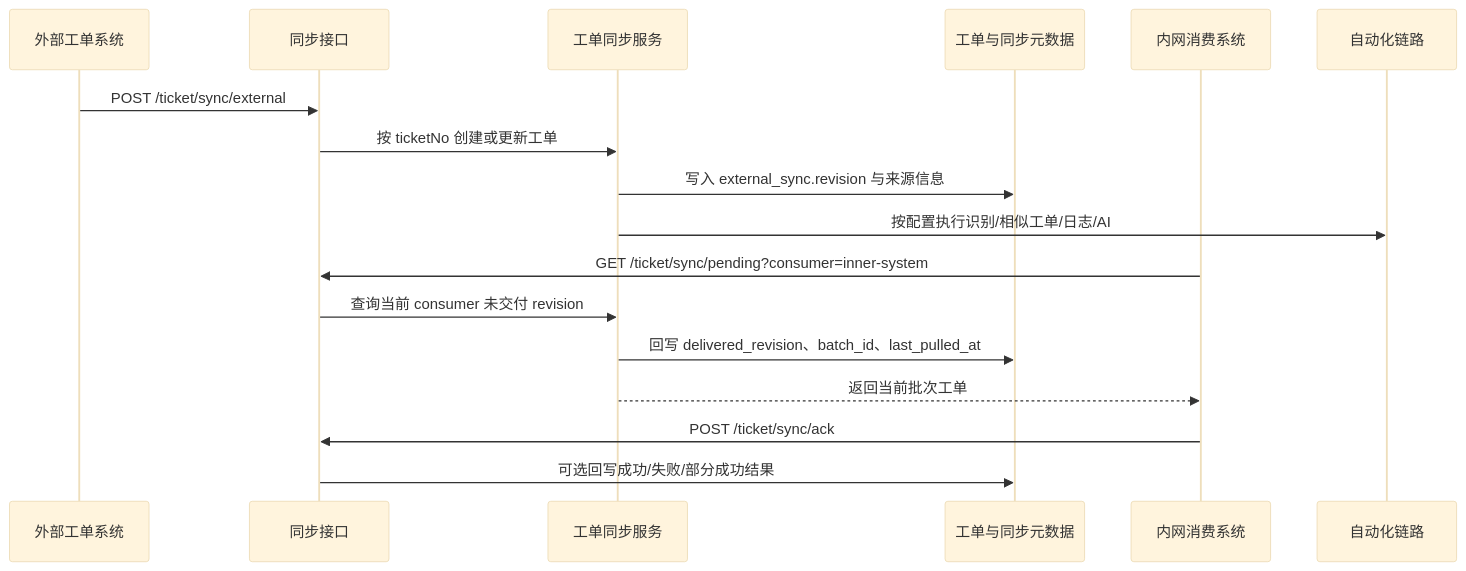
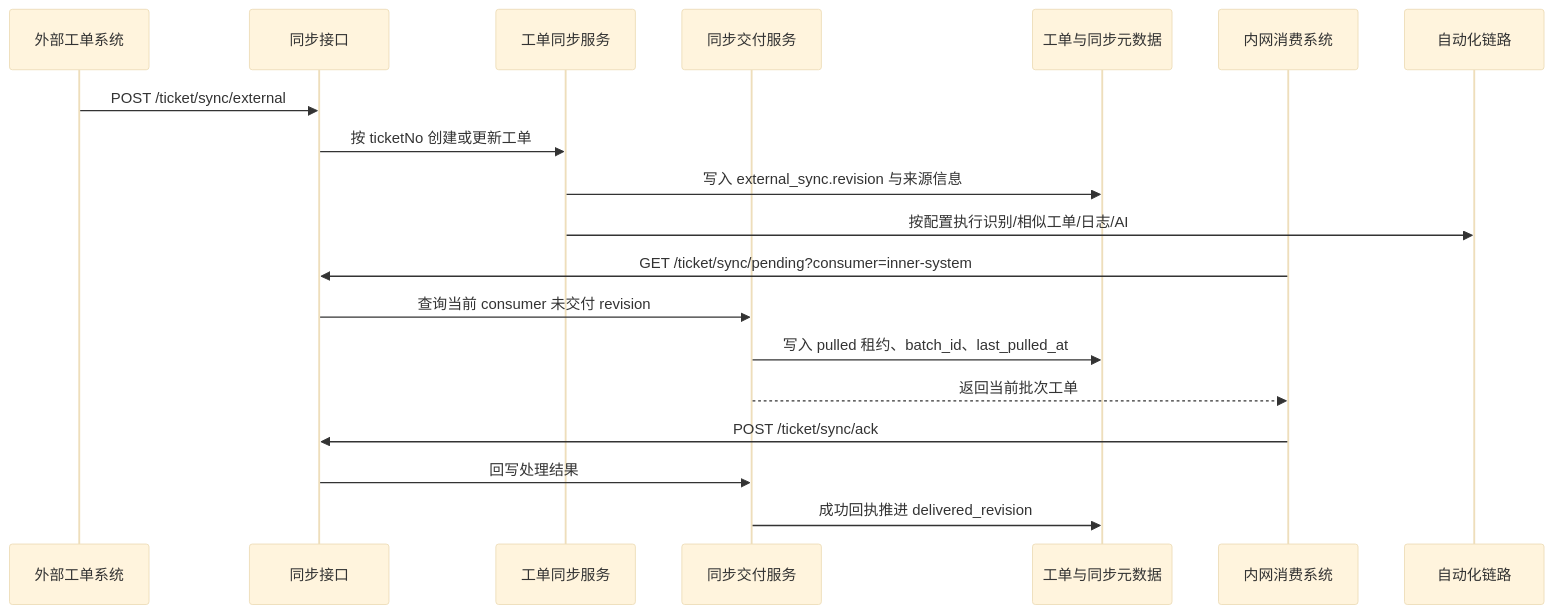
Before and after one commit to diaodeng/ApiTestPlatform: the diagram in wiki/flows/ticket-external-sync-flow.md, drawn with Mermaid (base theme). The commit also changed other lines of this file and 482 other files, not shown here.

````diff
--- a/wiki/flows/ticket-external-sync-flow.md
+++ b/wiki/flows/ticket-external-sync-flow.md
@@ -26,20 +32,22 @@
 ```mermaid
 sequenceDiagram
   participant E as 外部工单系统
   participant G as 同步接口
   participant S as 工单同步服务
+  participant DS as 同步交付服务
   participant D as 工单与同步元数据
   participant I as 内网消费系统
   participant A as 自动化链路
 
   E->>G: POST /ticket/sync/external
   G->>S: 按 ticketNo 创建或更新工单
   S->>D: 写入 external_sync.revision 与来源信息
   S->>A: 按配置执行识别/相似工单/日志/AI
   I->>G: GET /ticket/sync/pending?consumer=inner-system
-  G->>S: 查询当前 consumer 未交付 revision
-  S->>D: 回写 delivered_revision、batch_id、last_pulled_at
-  S-->>I: 返回当前批次工单
+  G->>DS: 查询当前 consumer 未交付 revision
+  DS->>D: 写入 pulled 租约、batch_id、last_pulled_at
+  DS-->>I: 返回当前批次工单
   I->>G: POST /ticket/sync/ack
-  G->>D: 可选回写成功/失败/部分成功结果
+  G->>DS: 回写处理结果
+  DS->>D: 成功回执推进 delivered_revision
 ```
````
